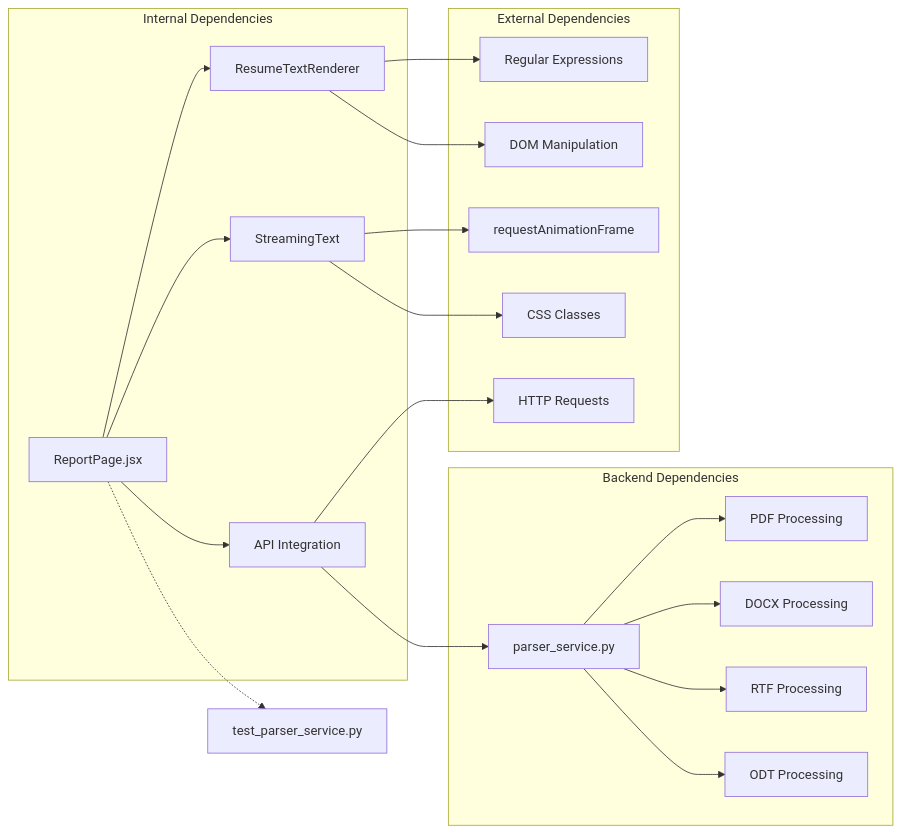
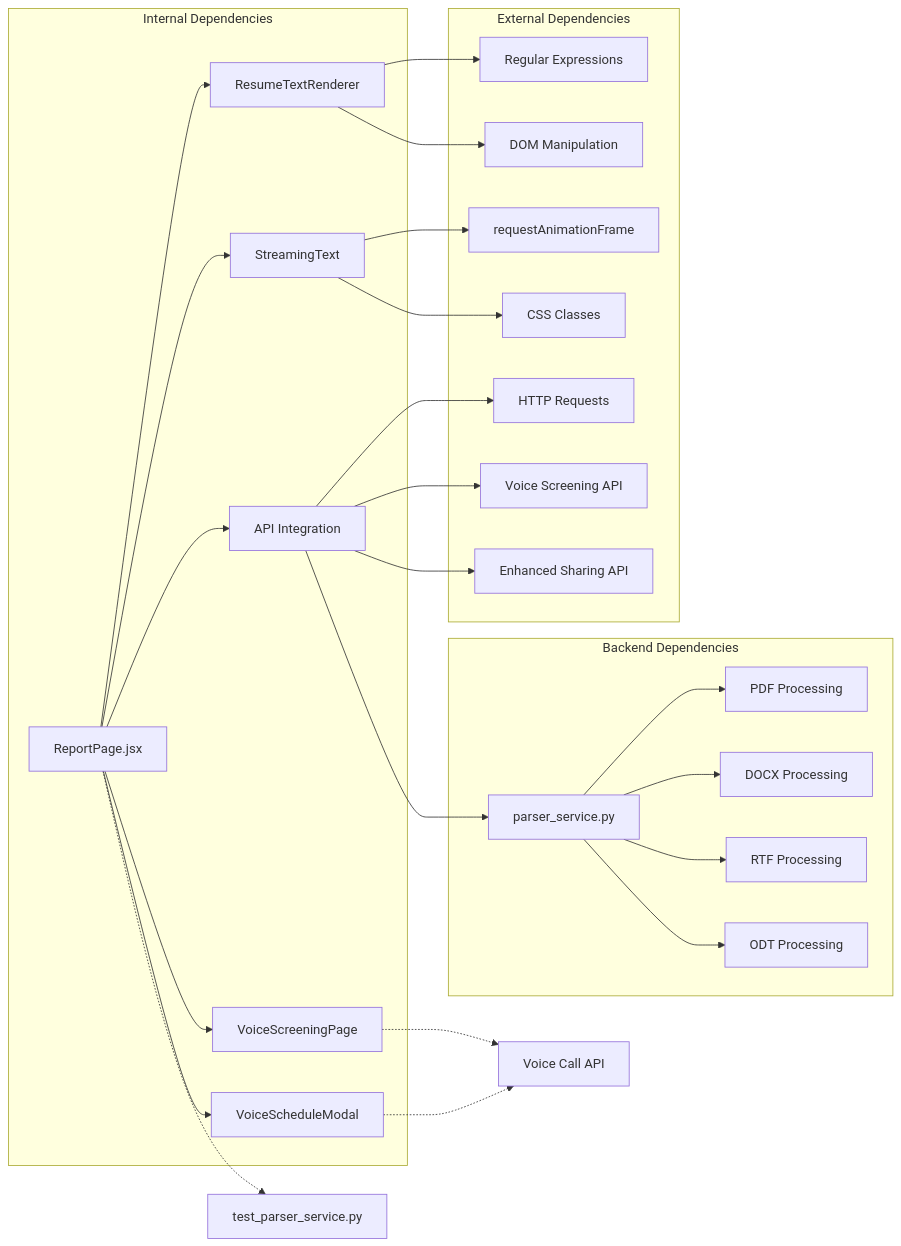
Before and after one commit to Revanththetalogics/aireume: diagram 12 of 12 in .qoder/repowiki/en/content/Frontend Architecture/Page Structure/Enhanced Resume Text Rendering Component.md, drawn with Mermaid. The commit also changed other lines of this file and 39 other files, not shown here.

````diff
--- a/.qoder/repowiki/en/content/Frontend Architecture/Page Structure/Enhanced Resume Text Rendering Component.md
+++ b/.qoder/repowiki/en/content/Frontend Architecture/Page Structure/Enhanced Resume Text Rendering Component.md
@@ -268,23 +435,29 @@
 ```mermaid
 graph LR
 subgraph "Internal Dependencies"
 RP[ReportPage.jsx] --> RTR[ResumeTextRenderer]
 RP --> STR[StreamingText]
 RP --> API[API Integration]
+RP --> VSP[VoiceScreeningPage]
+RP --> VSM[VoiceScheduleModal]
 end
 subgraph "External Dependencies"
 RTR --> RE[Regular Expressions]
 RTR --> DOM[DOM Manipulation]
 STR --> RAF[requestAnimationFrame]
 STR --> CSS[CSS Classes]
 API --> HTTP[HTTP Requests]
+API --> VOICE_API[Voice Screening API]
+API --> SHARE_API[Enhanced Sharing API]
 end
 subgraph "Backend Dependencies"
 API --> PS[parser_service.py]
 PS --> PDF[PDF Processing]
 PS --> DOCX[DOCX Processing]
 PS --> RTF[RTF Processing]
 PS --> ODT[ODT Processing]
 end
 RP -.-> TestSuite[test_parser_service.py]
+VSP -.-> VoiceAPI[Voice Call API]
+VSM -.-> VoiceAPI
 ```
````
